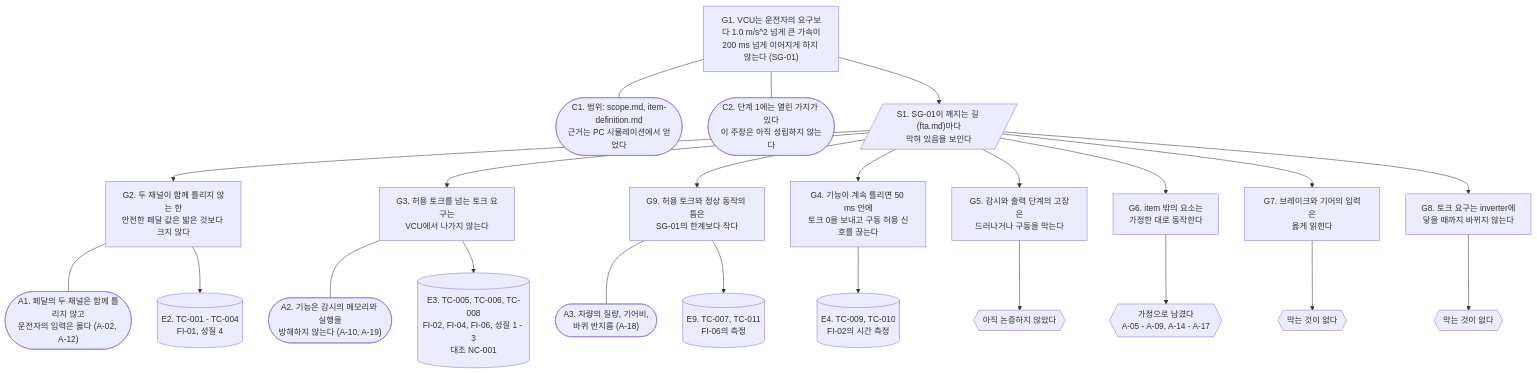
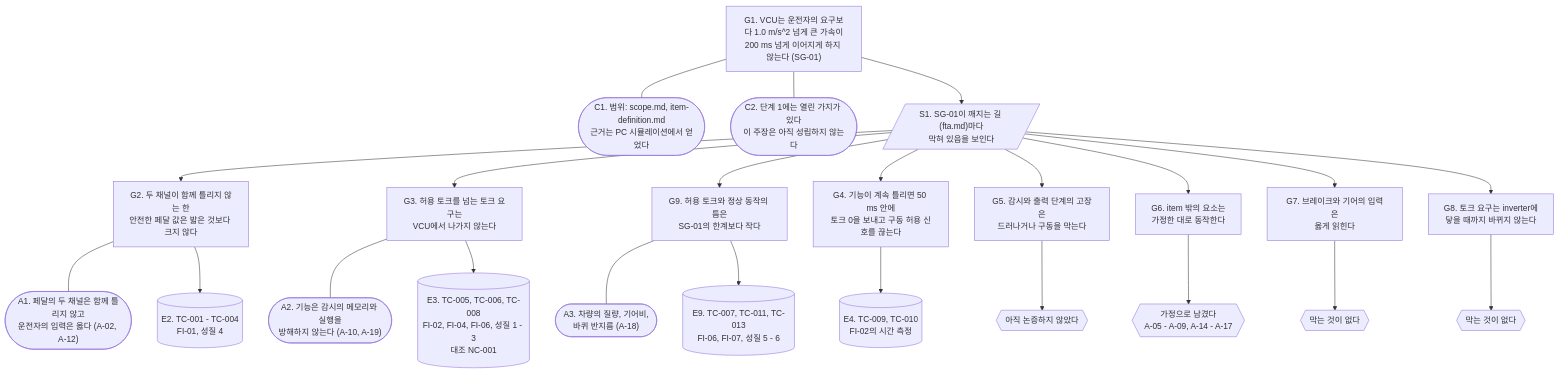
Before and after one commit to danielhongwoo/fusa: the diagram in example/drive-torque/docs/safety-case.md, drawn with Mermaid. The commit also changed other lines of this file and 16 other files, not shown here.

````diff
--- a/example/drive-torque/docs/safety-case.md
+++ b/example/drive-torque/docs/safety-case.md
@@ -15,48 +15,48 @@
 ```mermaid
 flowchart TD
     G1["G1. VCU는 운전자의 요구보다 1.0 m/s^2 넘게 큰 가속이<br/>200 ms 넘게 이어지게 하지 않는다 (SG-01)"]
     C1(["C1. 범위: scope.md, item-definition.md<br/>근거는 PC 시뮬레이션에서 얻었다"])
     C2(["C2. 단계 1에는 열린 가지가 있다<br/>이 주장은 아직 성립하지 않는다"])
     S1[/"S1. SG-01이 깨지는 길 (fta.md)마다<br/>막혀 있음을 보인다"/]
     G2["G2. 두 채널이 함께 틀리지 않는 한<br/>안전한 페달 값은 밟은 것보다 크지 않다"]
     G3["G3. 허용 토크를 넘는 토크 요구는<br/>VCU에서 나가지 않는다"]
     G9["G9. 허용 토크와 정상 동작의 틈은<br/>SG-01의 한계보다 작다"]
     G4["G4. 기능이 계속 틀리면 50 ms 안에<br/>토크 0을 보내고 구동 허용 신호를 끊는다"]
     G5["G5. 감시와 출력 단계의 고장은<br/>드러나거나 구동을 막는다"]
     G6["G6. item 밖의 요소는<br/>가정한 대로 동작한다"]
     G7["G7. 브레이크와 기어의 입력은<br/>옳게 읽힌다"]
     G8["G8. 토크 요구는 inverter에<br/>닿을 때까지 바뀌지 않는다"]
     A1(["A1. 페달의 두 채널은 함께 틀리지 않고<br/>운전자의 입력은 옳다 (A-02, A-12)"])
     A2(["A2. 기능은 감시의 메모리와 실행을<br/>방해하지 않는다 (A-10, A-19)"])
     A3(["A3. 차량의 질량, 기어비,<br/>바퀴 반지름 (A-18)"])
     E2[("E2. TC-001 - TC-004<br/>FI-01, 성질 4")]
     E3[("E3. TC-005, TC-006, TC-008<br/>FI-02, FI-04, FI-06, 성질 1 - 3<br/>대조 NC-001")]
-    E9[("E9. TC-007, TC-011<br/>FI-06의 측정")]
+    E9[("E9. TC-007, TC-011, TC-013<br/>FI-06, FI-07, 성질 5 - 6")]
     E4[("E4. TC-009, TC-010<br/>FI-02의 시간 측정")]
     U5{{"아직 논증하지 않았다"}}
     U6{{"가정으로 남겼다<br/>A-05 - A-09, A-14 - A-17"}}
     U7{{"막는 것이 없다"}}
     U8{{"막는 것이 없다"}}
     G1 --- C1
     G1 --- C2
     G1 --> S1
     S1 --> G2
     S1 --> G3
     S1 --> G9
     S1 --> G4
     S1 --> G5
     S1 --> G6
     S1 --> G7
     S1 --> G8
     G2 --- A1
     G3 --- A2
     G9 --- A3
     G2 --> E2
     G3 --> E3
     G9 --> E9
     G4 --> E4
     G5 --> U5
     G6 --> U6
     G7 --> U7
     G8 --> U8
 ```
````
